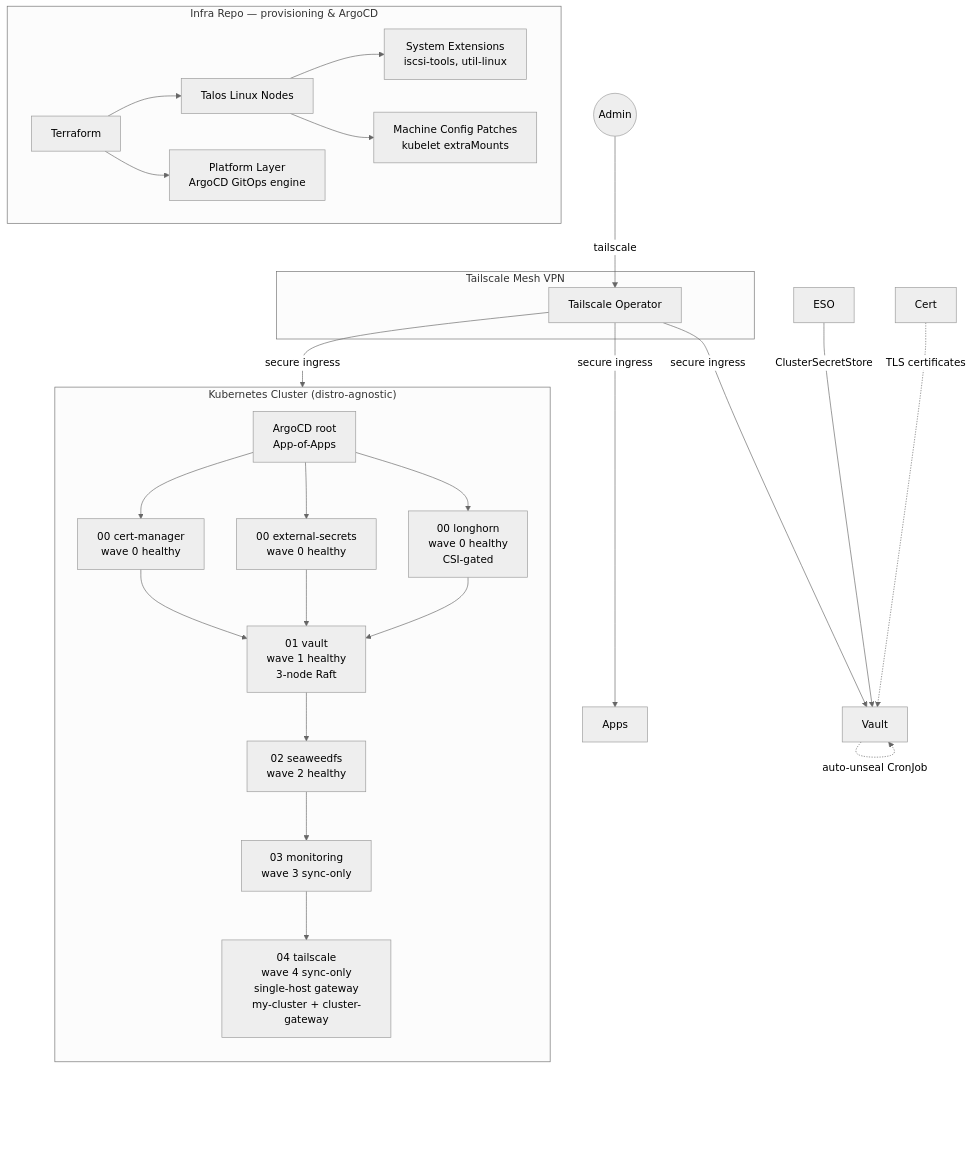
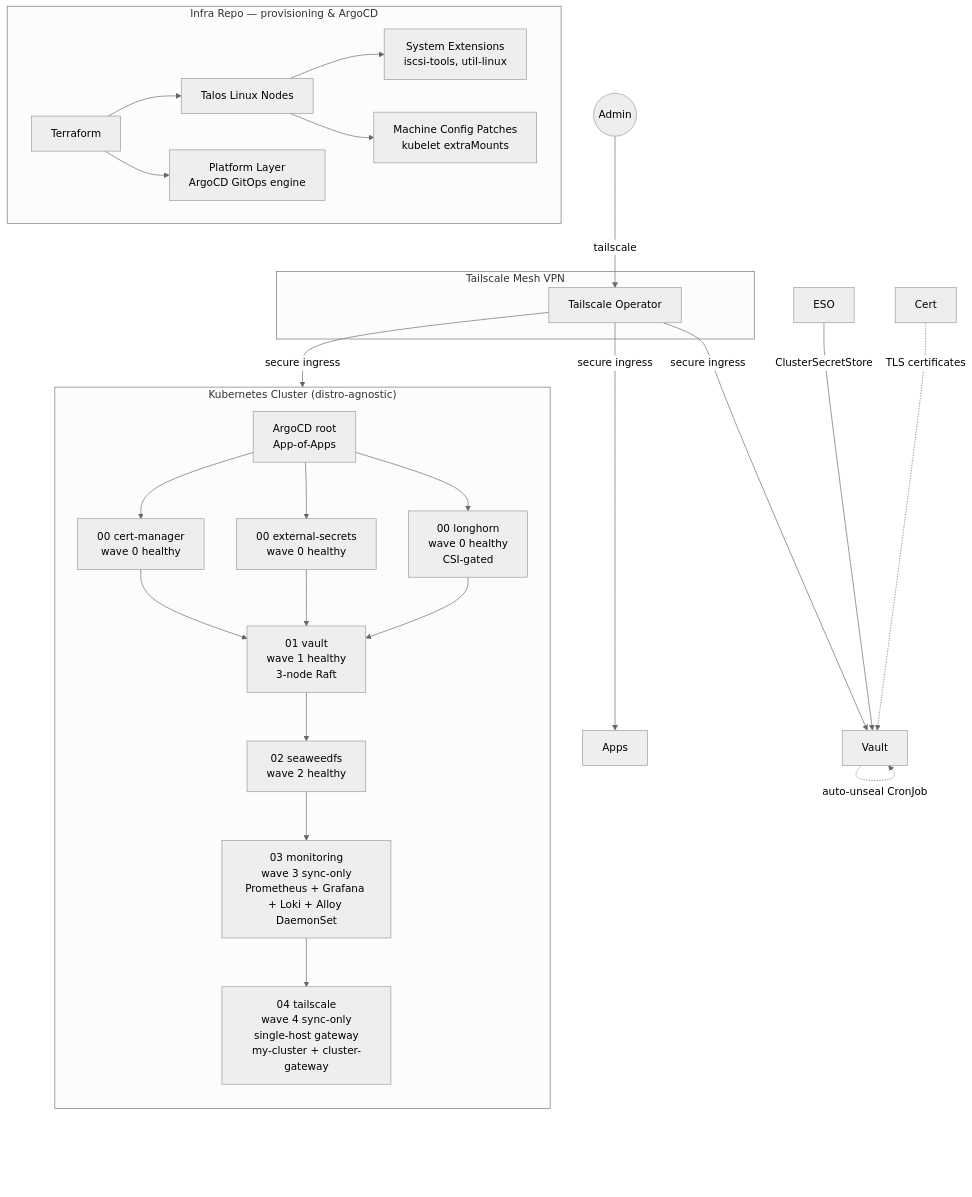
Before and after one commit to Seom88/secured-gitops-tailscale-homelab: the diagram in README.md, drawn with Mermaid (neutral theme). The commit also changed other lines of this file and 9 other files, not shown here.

Commit message:
feat(monitoring): integrate Grafana Alloy as log collector

````diff
--- a/README.md
+++ b/README.md
@@ -77,45 +77,45 @@
 ```mermaid
 graph TD
     subgraph "Infra Repo — provisioning & ArgoCD"
         TF[Terraform]
         TALOS[Talos Linux Nodes]
         EXT[System Extensions<br/>iscsi-tools, util-linux]
         PATCH[Machine Config Patches<br/>kubelet extraMounts]
         PLATFORM[Platform Layer<br/>ArgoCD GitOps engine]
         TF --> TALOS
         TALOS --> EXT
         TALOS --> PATCH
         TF --> PLATFORM
     end
 
     subgraph "Tailscale Mesh VPN"
         TS[Tailscale Operator]
     end
 
     subgraph "Kubernetes Cluster (distro-agnostic)"
         direction TB
         ROOT[ArgoCD root<br/>App-of-Apps]
         W0A[00 cert-manager<br/>wave 0 healthy]
         W0B[00 external-secrets<br/>wave 0 healthy]
         W0C[00 longhorn<br/>wave 0 healthy<br/>CSI-gated]
         W1[01 vault<br/>wave 1 healthy<br/>3-node Raft]
         W2[02 seaweedfs<br/>wave 2 healthy]
-        W3[03 monitoring<br/>wave 3 sync-only]
+        W3[03 monitoring<br/>wave 3 sync-only<br/>Prometheus + Grafana + Loki + Alloy DaemonSet]
         W4[04 tailscale<br/>wave 4 sync-only<br/>single-host gateway<br/>my-cluster + cluster-gateway]
 
         ROOT --> W0A & W0B & W0C
         W0A & W0B & W0C --> W1
         W1 --> W2
         W2 --> W3
         W3 --> W4
     end
 
     User((Admin)) -->|tailscale| TS
     TS -->|secure ingress| ROOT
     TS -->|secure ingress| Vault
     TS -->|secure ingress| Apps
 
     ESO -->|ClusterSecretStore| Vault
     Vault -.->|auto-unseal CronJob| Vault
     Cert -.->|TLS certificates| Vault
 ```
````
